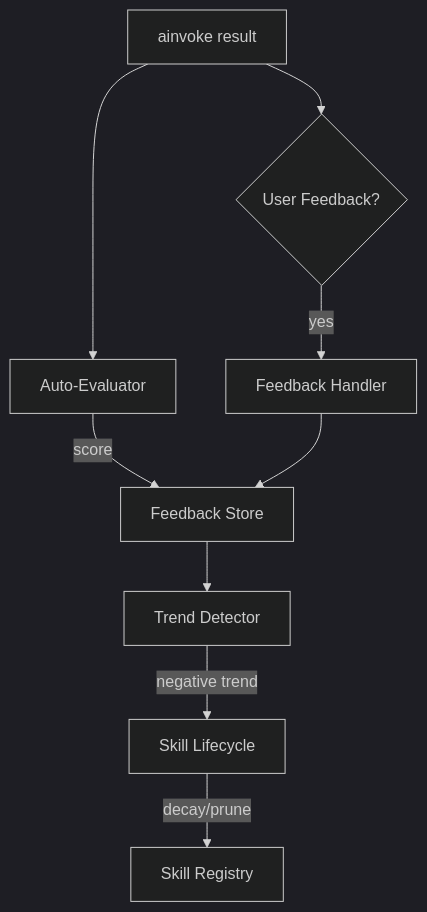
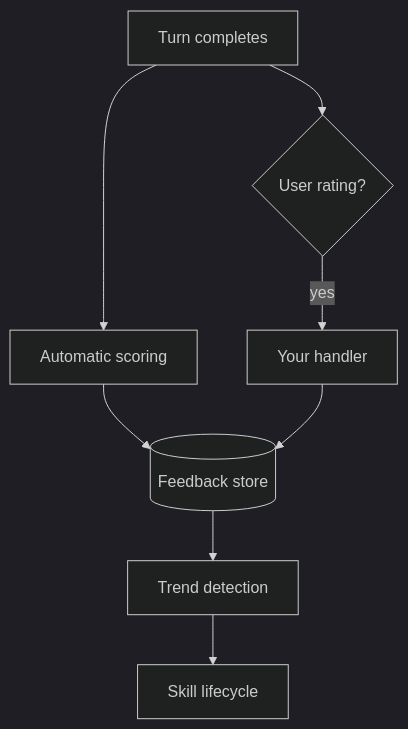
Before and after one commit to HELLOMEDHIRA/agloom: the diagram in agloom/docs/features/feedback.md, drawn with Mermaid (dark theme). The commit also changed other lines of this file and 131 other files, not shown here.

````diff
--- a/agloom/docs/features/feedback.md
+++ b/agloom/docs/features/feedback.md
@@ -113,11 +82,10 @@
 ```mermaid
 flowchart TD
-    R[ainvoke result] --> AE[Auto-Evaluator]
-    AE -->|score| FS[Feedback Store]
-    R --> UF{User Feedback?}
-    UF -->|yes| FH[Feedback Handler]
+    R[Turn completes] --> AE[Automatic scoring]
+    AE --> FS[(Feedback store)]
+    R --> UF{User rating?}
+    UF -->|yes| FH[Your handler]
     FH --> FS
-    FS --> TD[Trend Detector]
-    TD -->|negative trend| SL[Skill Lifecycle]
-    SL -->|decay/prune| SR[Skill Registry]
+    FS --> TD[Trend detection]
+    TD --> SL[Skill lifecycle]
 ```
````
